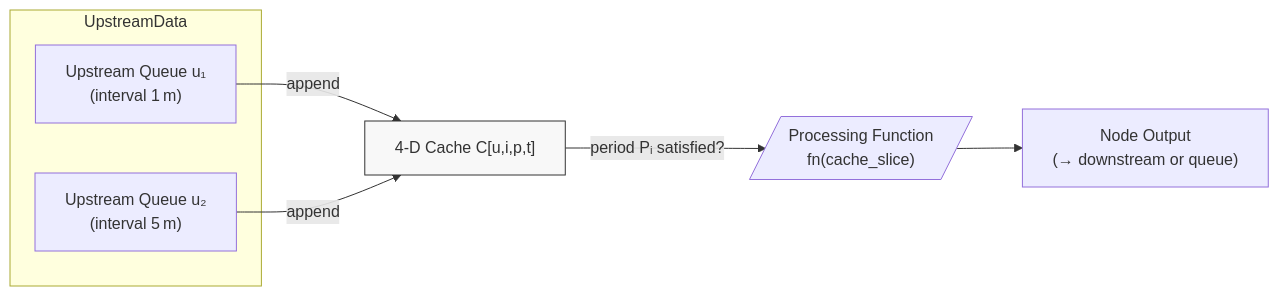
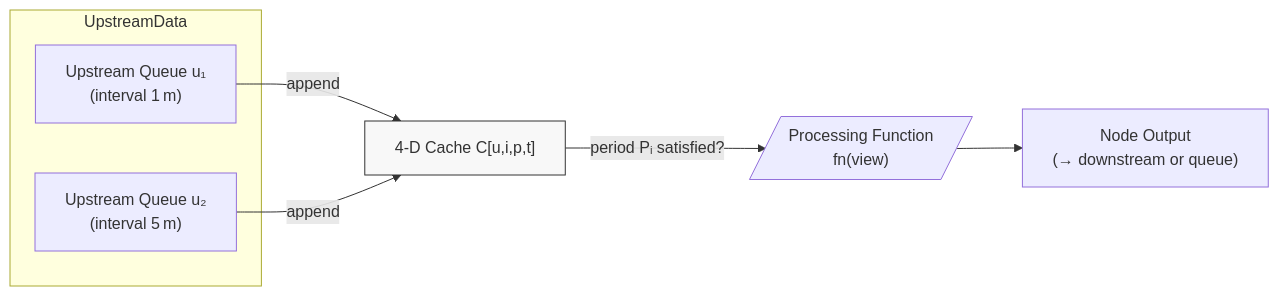
Before and after one commit to hyophyop/qmtl: the diagram in architecture.md, drawn with Mermaid. The commit also changed other lines of this file and 11 other files, not shown here.

Commit message:
Refine CacheView usage

````diff
--- a/architecture.md
+++ b/architecture.md
@@ -111,13 +111,13 @@
 ```mermaid
 flowchart LR
     subgraph UpstreamData
         U1["Upstream Queue u₁<br/>(interval 1 m)"]
         U2["Upstream Queue u₂<br/>(interval 5 m)"]
     end
     U1 -->|append| C["4‑D Cache C[u,i,p,t]"]
     U2 -->|append| C
-    C -->|period Pᵢ satisfied?| FN[/"Processing&nbsp;Function<br/>fn(cache_slice)"/]
+    C -->|period Pᵢ satisfied?| FN[/"Processing&nbsp;Function<br/>fn(view)"/]
     FN --> OUT["Node Output<br/>(→ downstream or queue)"]
     classDef dim fill:#f8f8f8,stroke:#333,stroke-width:1px;
     class C dim;
 ```
````
